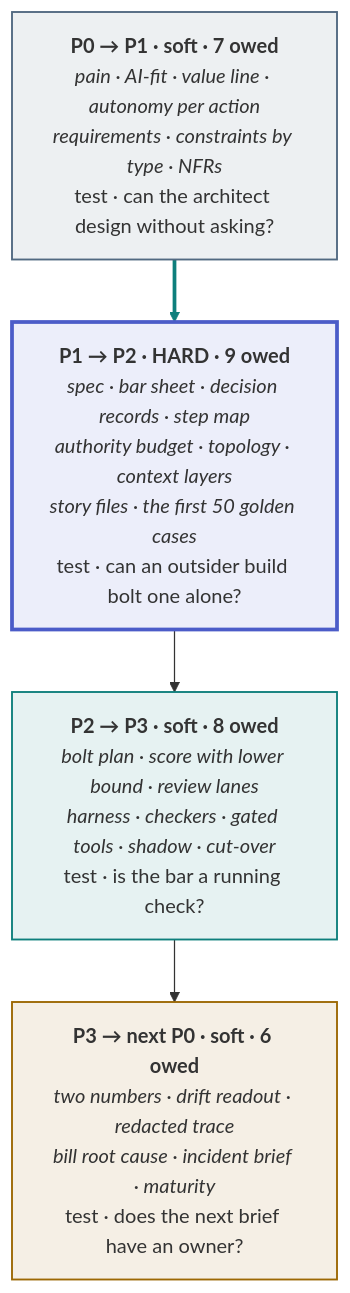
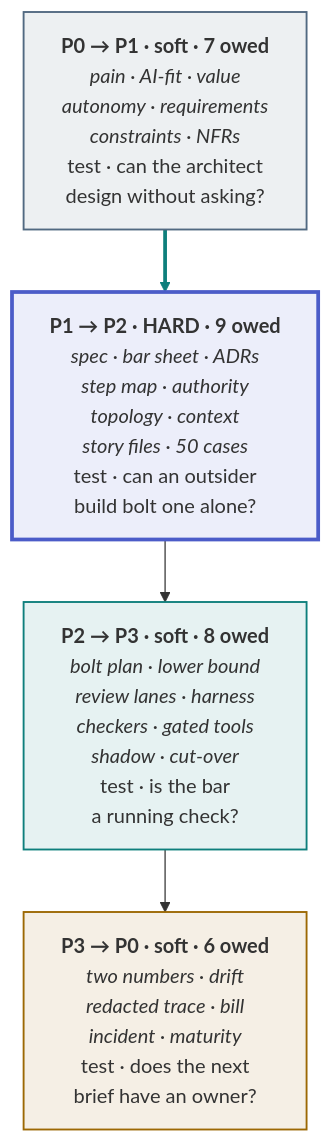
One commit to akash-coded/aws-bedrock-agentcore-strands changed the diagram in site/content/learn/lessons/the-evidence-pack.md. Above: the diagram before and after it, drawn with Mermaid. The commit also changed 82 other files, not shown here.

````diff
--- a/site/content/learn/lessons/the-evidence-pack.md
+++ b/site/content/learn/lessons/the-evidence-pack.md
@@ -18,18 +18,18 @@
 ```mermaid
 flowchart TB
-  A["<b>P0 → P1 · soft · 7 owed</b><br/><i>pain · AI-fit · value line · autonomy per action<br/>requirements · constraints by type · NFRs</i><br/>test · can the architect design without asking?"]
-  B["<b>P1 → P2 · HARD · 9 owed</b><br/><i>spec · bar sheet · decision records · step map<br/>authority budget · topology · context layers<br/>story files · the first 50 golden cases</i><br/>test · can an outsider build bolt one alone?"]
-  C["<b>P2 → P3 · soft · 8 owed</b><br/><i>bolt plan · score with lower bound · review lanes<br/>harness · checkers · gated tools · shadow · cut-over</i><br/>test · is the bar a running check?"]
-  D["<b>P3 → next P0 · soft · 6 owed</b><br/><i>two numbers · drift readout · redacted trace<br/>bill root cause · incident brief · maturity</i><br/>test · does the next brief have an owner?"]
+  A["<b>P0 → P1 · soft · 7 owed</b><br/><i>pain · AI-fit · value<br/>autonomy · requirements<br/>constraints · NFRs</i><br/>test · can the architect<br/>design without asking?"]
+  B["<b>P1 → P2 · HARD · 9 owed</b><br/><i>spec · bar sheet · ADRs<br/>step map · authority<br/>topology · context<br/>story files · 50 cases</i><br/>test · can an outsider<br/>build bolt one alone?"]
+  C["<b>P2 → P3 · soft · 8 owed</b><br/><i>bolt plan · lower bound<br/>review lanes · harness<br/>checkers · gated tools<br/>shadow · cut-over</i><br/>test · is the bar<br/>a running check?"]
+  D["<b>P3 → P0 · soft · 6 owed</b><br/><i>two numbers · drift<br/>redacted trace · bill<br/>incident · maturity</i><br/>test · does the next<br/>brief have an owner?"]
   A --> B --> C --> D
 
   classDef p0 fill:#5169811A,stroke:#516981,stroke-width:1.5px
   classDef p1 fill:#4B5CC81A,stroke:#4B5CC8,stroke-width:3px
   classDef p2 fill:#0E7F7C1A,stroke:#0E7F7C,stroke-width:1.5px
   classDef p3 fill:#9C68031A,stroke:#9C6803,stroke-width:1.5px
   class A p0
   class B p1
   class C p2
   class D p3
   linkStyle 0 stroke:#0E7F7C,stroke-width:3px
 ```
````
